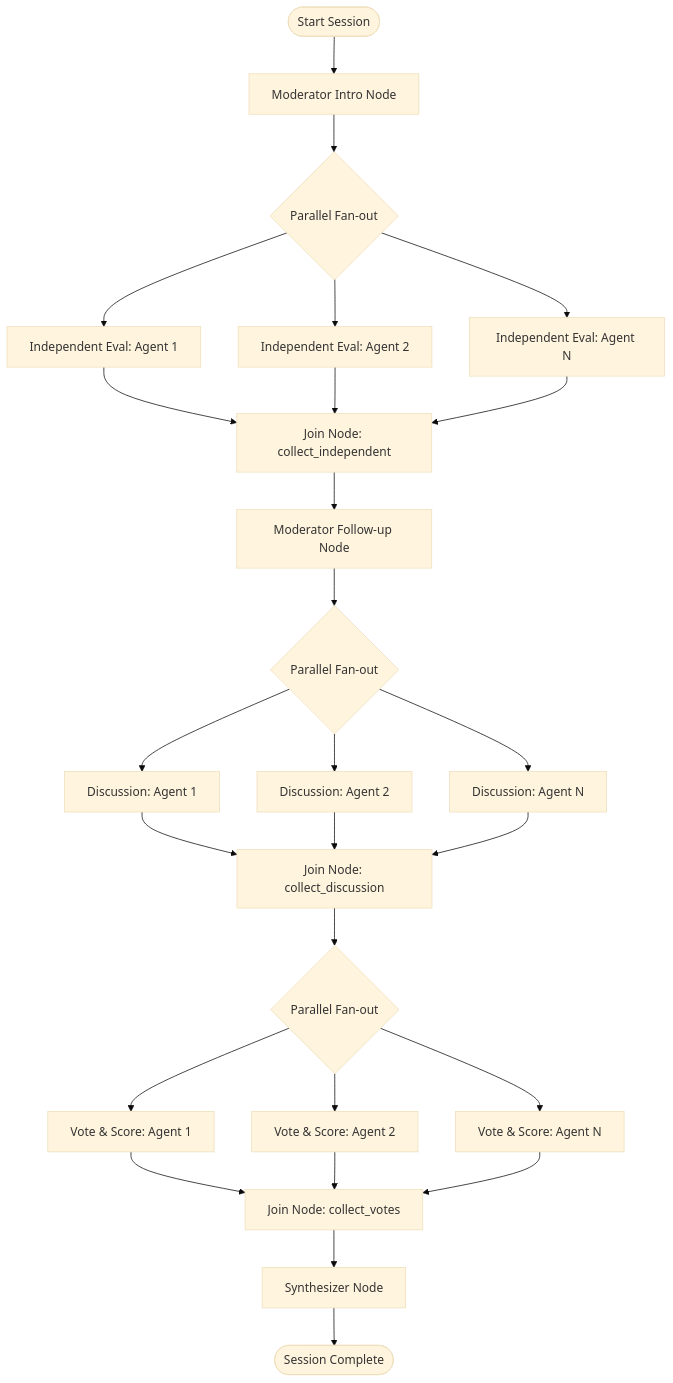
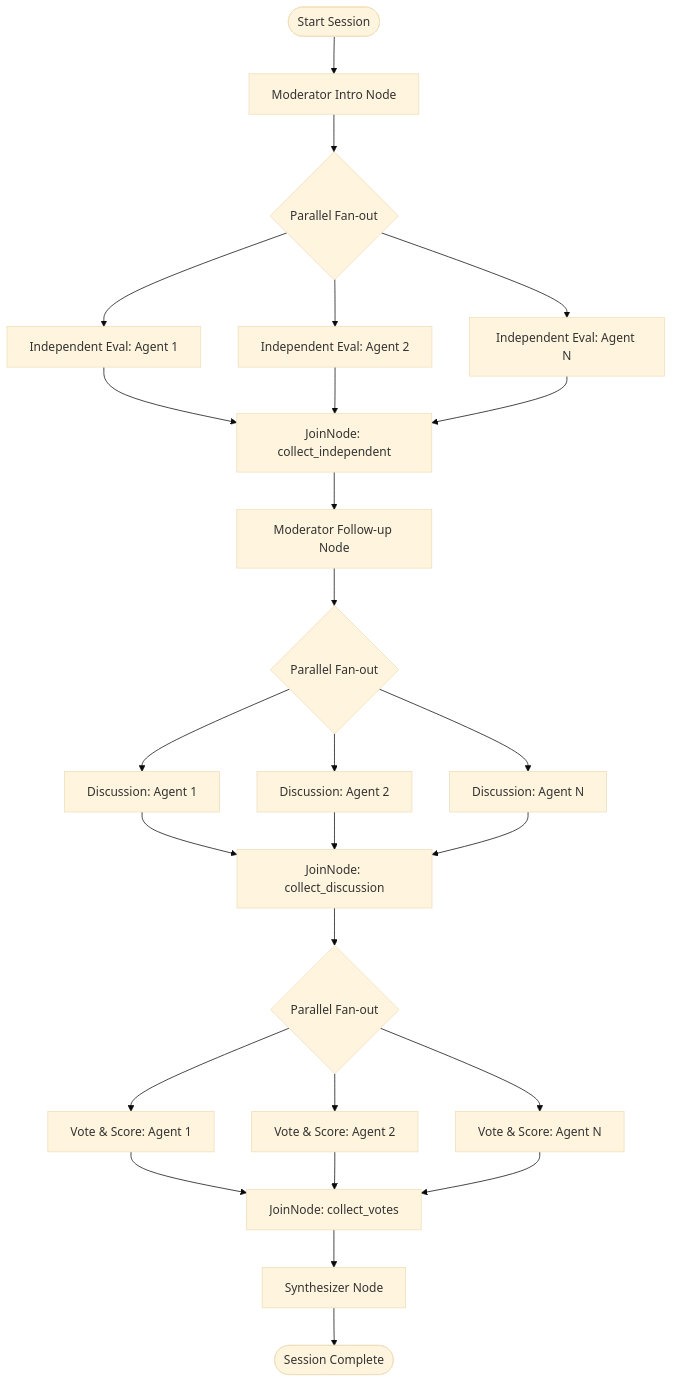
The diagram in AGENTS.md (acass/Google-Kaggle-AI-Focus-Group-Capstone), drawn with Mermaid (base theme) before and after one commit. The commit also changed other lines of this file and 14 other files, not shown here.

Commit message:
feat: document project architecture and flutter app setup while generating documentation verification manifests

````diff
--- a/AGENTS.md
+++ b/AGENTS.md
@@ -26,22 +31,22 @@
 ```mermaid
 graph TD
     START([Start Session]) --> ModIntro[Moderator Intro Node]
     ModIntro --> IndepFan{Parallel Fan-out}
     IndepFan --> Indep1[Independent Eval: Agent 1]
     IndepFan --> Indep2[Independent Eval: Agent 2]
     IndepFan --> IndepN[Independent Eval: Agent N]
-    Indep1 & Indep2 & IndepN --> JoinIndep[Join Node: collect_independent]
+    Indep1 & Indep2 & IndepN --> JoinIndep[JoinNode: collect_independent]
     JoinIndep --> ModFollowup[Moderator Follow-up Node]
     ModFollowup --> DiscFan{Parallel Fan-out}
     DiscFan --> Disc1[Discussion: Agent 1]
     DiscFan --> Disc2[Discussion: Agent 2]
     DiscFan --> DiscN[Discussion: Agent N]
-    Disc1 & Disc2 & DiscN --> JoinDisc[Join Node: collect_discussion]
+    Disc1 & Disc2 & DiscN --> JoinDisc[JoinNode: collect_discussion]
     JoinDisc --> VoteFan{Parallel Fan-out}
     VoteFan --> Vote1[Vote & Score: Agent 1]
     VoteFan --> Vote2[Vote & Score: Agent 2]
     VoteFan --> VoteN[Vote & Score: Agent N]
-    Vote1 & Vote2 & VoteN --> JoinVote[Join Node: collect_votes]
+    Vote1 & Vote2 & VoteN --> JoinVote[JoinNode: collect_votes]
     JoinVote --> Synth[Synthesizer Node]
     Synth --> END([Session Complete])
 ```
````
